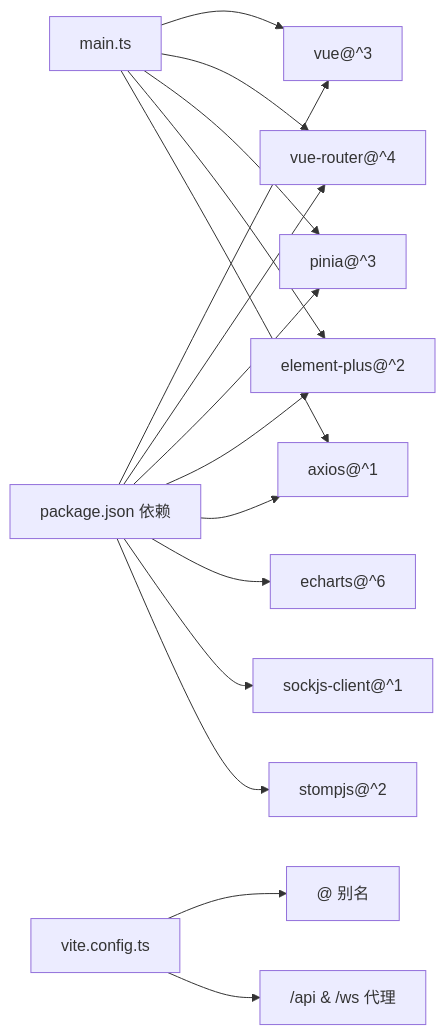
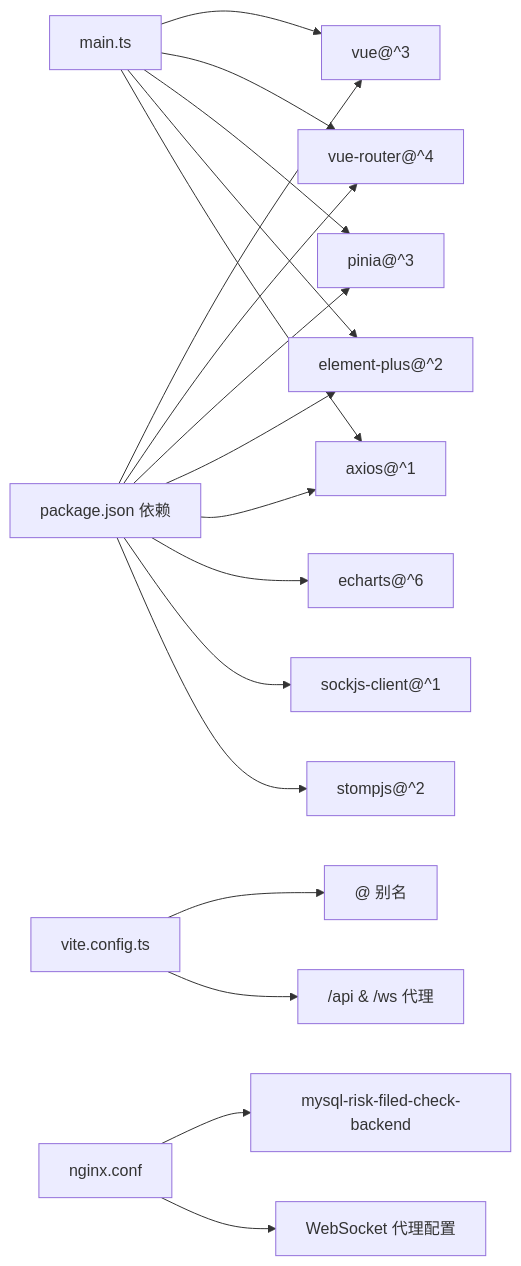
Before and after one commit to zzjxmy/mysql-risk-filed-check: the seventh of 7 diagrams in .qoder/repowiki/zh/content/前端应用架构/前端应用架构.md, drawn with Mermaid. The commit also changed other lines of this file and 4 other files, not shown here.

````diff
--- a/.qoder/repowiki/zh/content/前端应用架构/前端应用架构.md
+++ b/.qoder/repowiki/zh/content/前端应用架构/前端应用架构.md
@@ -333,18 +380,20 @@
 ```mermaid
 graph LR
 P["package.json 依赖"] --> V["vue@^3"]
 P --> VR["vue-router@^4"]
 P --> PIN["pinia@^3"]
 P --> EP["element-plus@^2"]
 P --> AX["axios@^1"]
 P --> ECH["echarts@^6"]
 P --> WS["sockjs-client@^1"]
 P --> ST["stompjs@^2"]
 VITE["vite.config.ts"] --> ALIAS["@ 别名"]
 VITE --> PROXY["/api & /ws 代理"]
 MAIN["main.ts"] --> V
 MAIN --> VR
 MAIN --> PIN
 MAIN --> EP
 MAIN --> AX
+NGINX["nginx.conf"] --> BACKEND["mysql-risk-filed-check-backend"]
+NGINX --> WS_PROXY["WebSocket 代理配置"]
 ```
````
